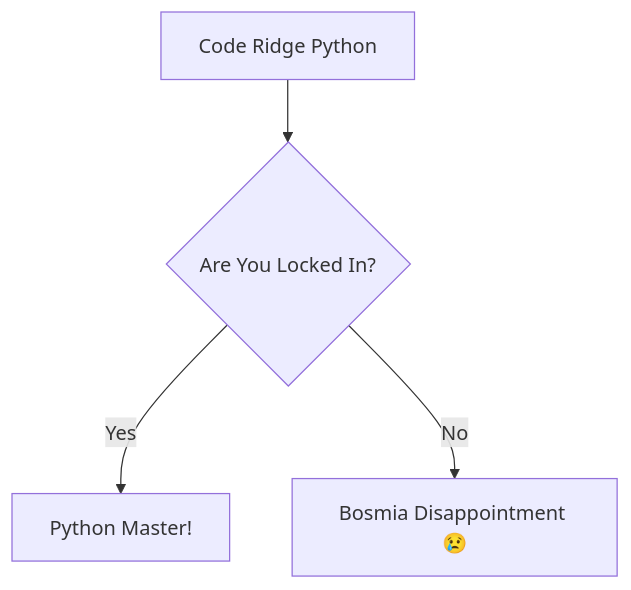
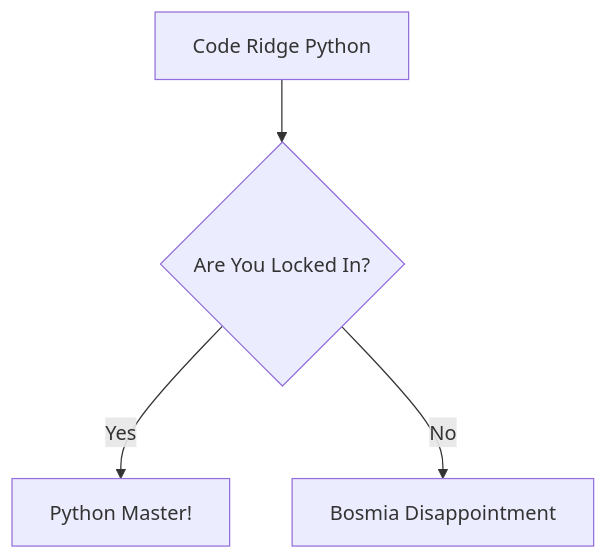
One commit to zunxian67/code-ridge-python changed the diagram in README.md. Above: the diagram before and after it, drawn with Mermaid.

````diff
--- a/README.md
+++ b/README.md
@@ -36,6 +36,6 @@
 ```mermaid
 graph TD
   A[Code Ridge Python] --> B{Are You Locked In?}
   B -->|Yes| C[Python Master!]
-  B -->|No| D[Bosmia Disappointment 😢]
+  B -->|No| D[Bosmia Disappointment]
 ```
````
